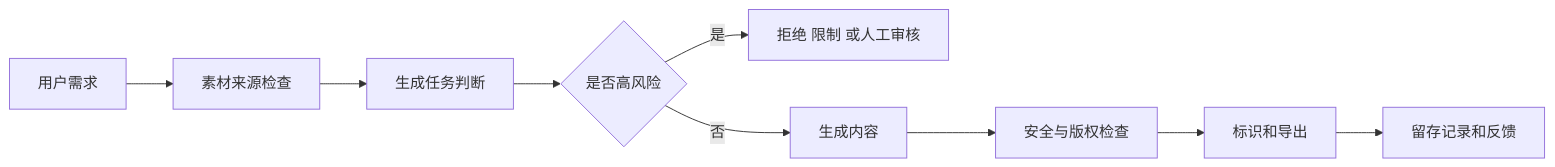
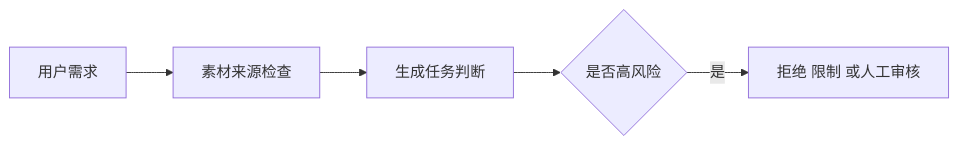
Before and after one commit to oudbiao/AI-fullstack-course: the fourth of 5 diagrams in docs/stage10/ch04-frontier/00-roadmap.md, drawn with Mermaid. The commit also changed other lines of this file and 139 other files, not shown here.

````diff
--- a/docs/stage10/ch04-frontier/00-roadmap.md
+++ b/docs/stage10/ch04-frontier/00-roadmap.md
@@ -57,11 +63,7 @@
 ```mermaid
 flowchart LR
   A[用户需求] --> B[素材来源检查]
   B --> C[生成任务判断]
   C --> D{是否高风险}
   D -- 是 --> E[拒绝 限制 或人工审核]
-  D -- 否 --> F[生成内容]
-  F --> G[安全与版权检查]
-  G --> H[标识和导出]
-  H --> I[留存记录和反馈]
 ```
````
